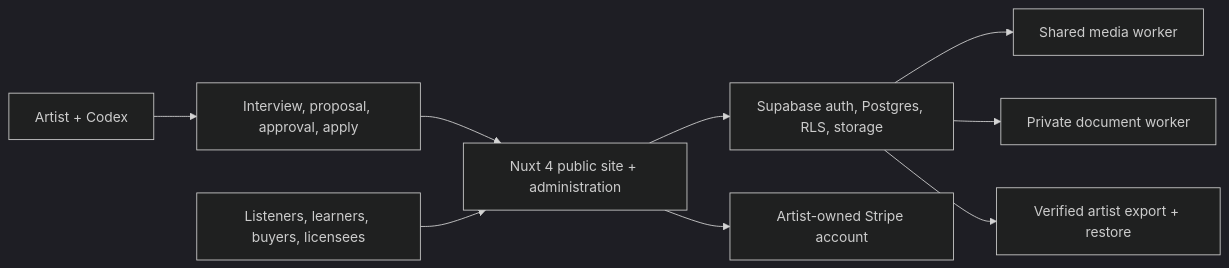
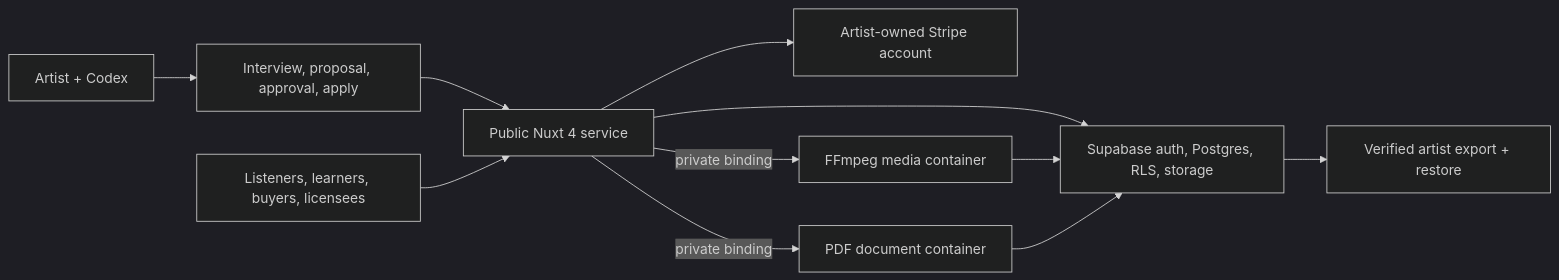
Before and after one commit to sunflower-of-parchman/a-op: the diagram in README.md, drawn with Mermaid (dark theme). The commit also changed other lines of this file and 33 other files, not shown here.

Commit message:
Add private bound worker services

````diff
--- a/README.md
+++ b/README.md
@@ -26,11 +26,13 @@
 ```mermaid
 flowchart LR
   Artist["Artist + Codex"] --> Setup["Interview, proposal, approval, apply"]
-  Setup --> Nuxt["Nuxt 4 public site + administration"]
+  Setup --> Nuxt["Public Nuxt 4 service"]
   Audience["Listeners, learners, buyers, licensees"] --> Nuxt
   Nuxt --> Supabase["Supabase auth, Postgres, RLS, storage"]
   Nuxt --> Stripe["Artist-owned Stripe account"]
-  Supabase --> Media["Shared media worker"]
-  Supabase --> Documents["Private document worker"]
+  Nuxt -->|"private binding"| Media["FFmpeg media container"]
+  Nuxt -->|"private binding"| Documents["PDF document container"]
+  Media --> Supabase
+  Documents --> Supabase
   Supabase --> Export["Verified artist export + restore"]
 ```
````
